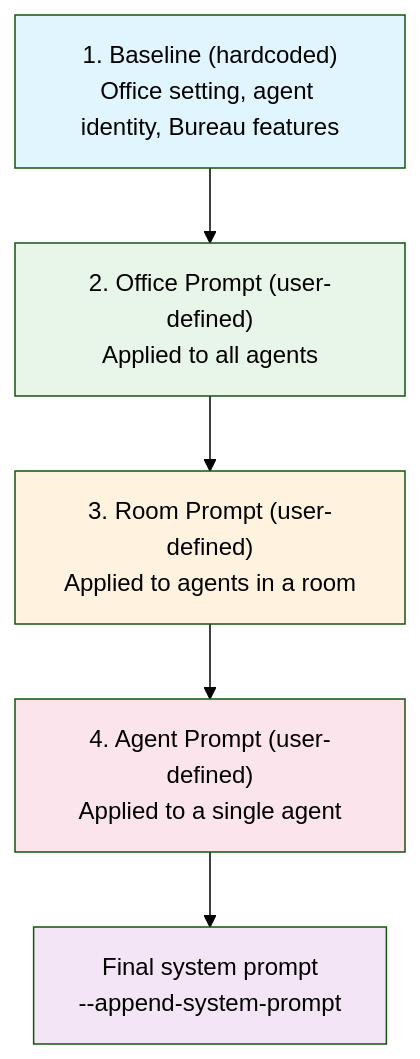
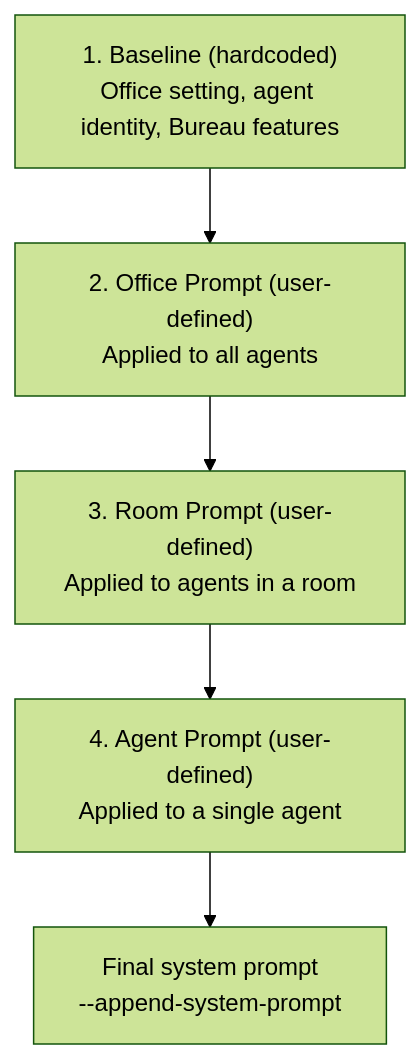
Before and after one commit to smeltery/bureau: the fourth of 9 diagrams in articles/punching-in-building-an-office-for-ai-agents.md, drawn with Mermaid (forest theme). The commit also changed other lines of this file, not shown here.

First line of the commit message:
fix: remove colored fills from Mermaid diagrams for readability

````diff
--- a/articles/punching-in-building-an-office-for-ai-agents.md
+++ b/articles/punching-in-building-an-office-for-ai-agents.md
@@ -171,13 +171,8 @@
 ```mermaid
 graph TD
     A["1. Baseline (hardcoded)<br/>Office setting, agent identity, Bureau features"] --> B["2. Office Prompt (user-defined)<br/>Applied to all agents"]
     B --> C["3. Room Prompt (user-defined)<br/>Applied to agents in a room"]
     C --> D["4. Agent Prompt (user-defined)<br/>Applied to a single agent"]
     D --> E["Final system prompt<br/>--append-system-prompt"]
 
-    style A fill:#e1f5fe
-    style B fill:#e8f5e9
-    style C fill:#fff3e0
-    style D fill:#fce4ec
-    style E fill:#f3e5f5
 ```
````
